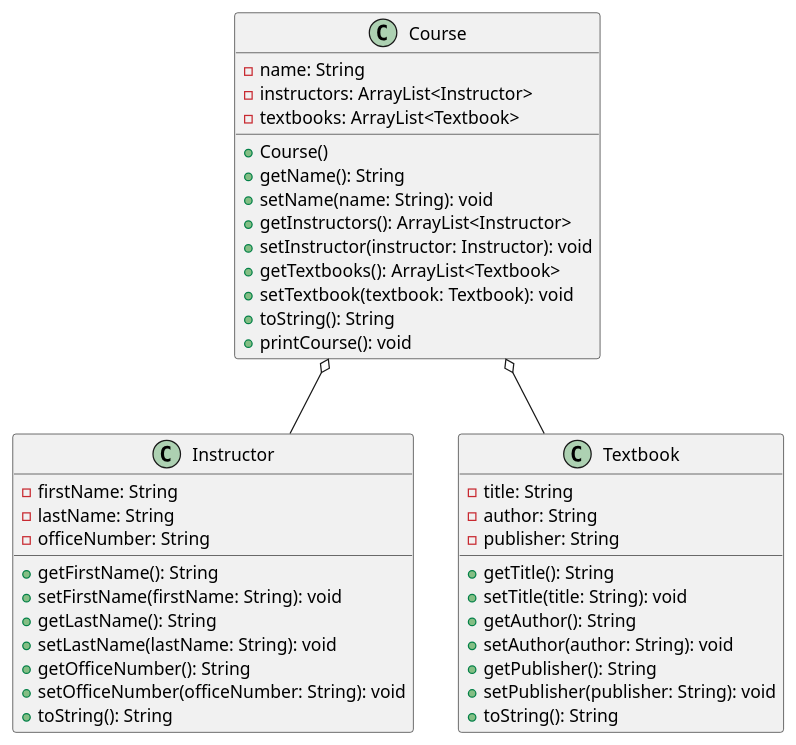
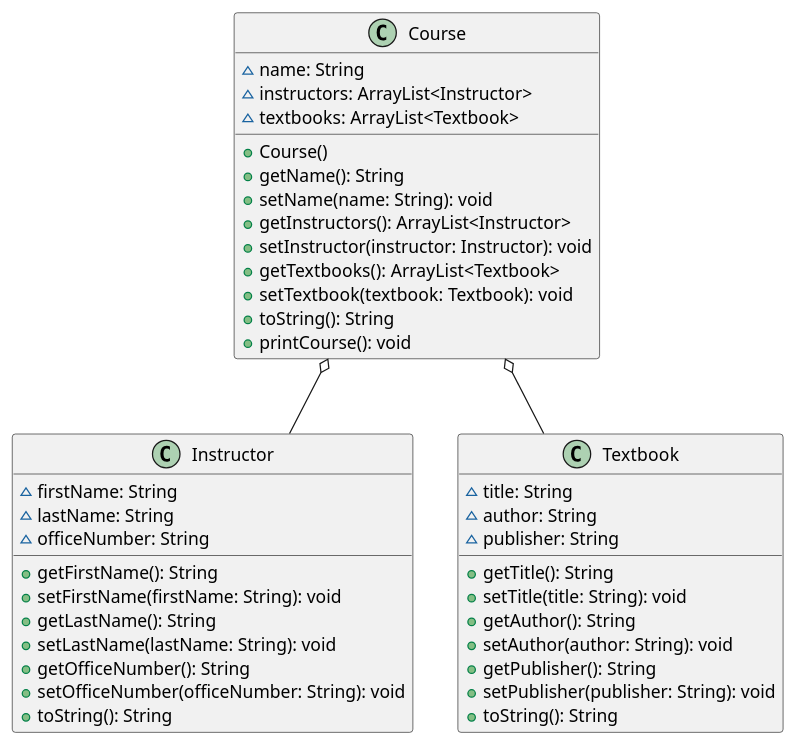
The diagram in Part3_ClassDiagram.puml (Hadiiz/CS5800_HW2), drawn with PlantUML before and after one commit.

```diff
--- a/Part3_ClassDiagram.puml
+++ b/Part3_ClassDiagram.puml
@@ -1,50 +1,50 @@
 @startuml
 'https://plantuml.com/class-diagram
 
 class Instructor {
-    - firstName: String
-    - lastName: String
-    - officeNumber: String
+    ~ firstName: String
+    ~ lastName: String
+    ~ officeNumber: String
 
     + getFirstName(): String
     + setFirstName(firstName: String): void
     + getLastName(): String
     + setLastName(lastName: String): void
     + getOfficeNumber(): String
     + setOfficeNumber(officeNumber: String): void
     + toString(): String
 }
 
 class Textbook {
-    - title: String
-    - author: String
-    - publisher: String
+    ~ title: String
+    ~ author: String
+    ~ publisher: String
 
     + getTitle(): String
     + setTitle(title: String): void
     + getAuthor(): String
     + setAuthor(author: String): void
     + getPublisher(): String
     + setPublisher(publisher: String): void
     + toString(): String
 }
 
 class Course {
-    - name: String
-    - instructors: ArrayList<Instructor>
-    - textbooks: ArrayList<Textbook>
+    ~ name: String
+    ~ instructors: ArrayList<Instructor>
+    ~ textbooks: ArrayList<Textbook>
 
     + Course()
     + getName(): String
     + setName(name: String): void
     + getInstructors(): ArrayList<Instructor>
     + setInstructor(instructor: Instructor): void
     + getTextbooks(): ArrayList<Textbook>
     + setTextbook(textbook: Textbook): void
     + toString(): String
     + printCourse(): void
 }
 
 Course o--  Instructor
 Course o--  Textbook
 @enduml
```
